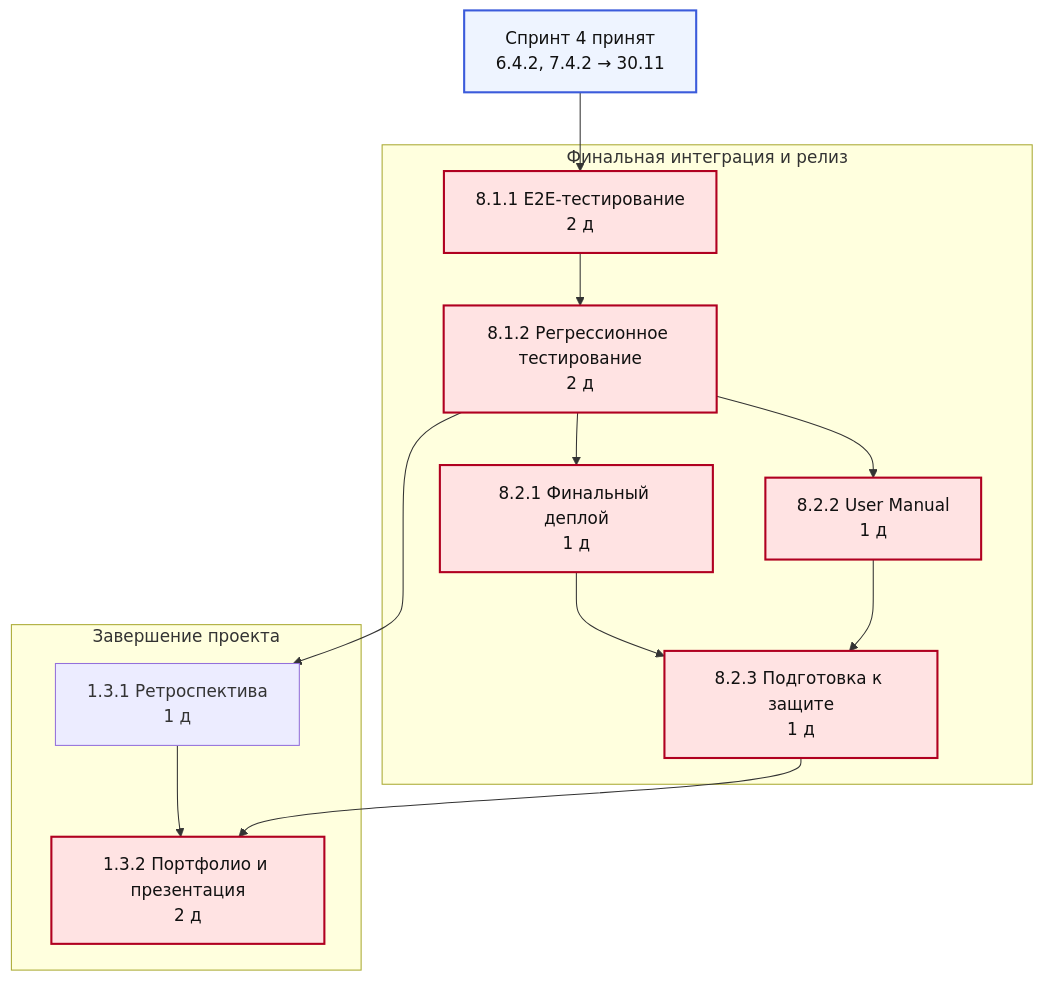
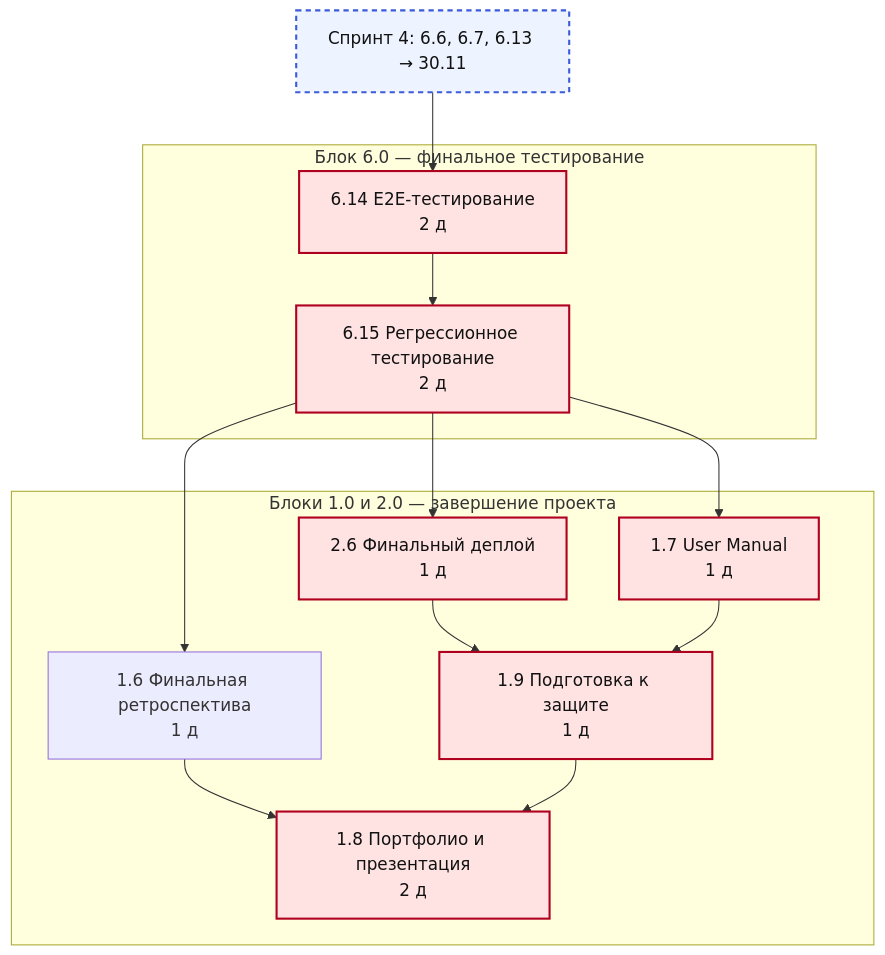
One commit to xlazyone/bileton changed the sixth of 6 diagrams in docs/labs/lab-06-schedule.md. Above: the diagram before and after it, drawn with Mermaid. The commit also changed other lines of this file and 2 other files, not shown here.

````diff
--- a/docs/labs/lab-06-schedule.md
+++ b/docs/labs/lab-06-schedule.md
@@ -267,27 +275,27 @@
 ```mermaid
 flowchart TB
     classDef crit fill:#ffe3e3,stroke:#b00020,stroke-width:2px,color:#111;
-    classDef gate fill:#eef4ff,stroke:#3b5bdb,stroke-width:2px,color:#111;
-    tstart["Спринт 4 принят<br/>6.4.2, 7.4.2 → 30.11"]:::gate
-    subgraph tg6["Финальная интеграция и релиз"]
-        t811["8.1.1 E2E-тестирование<br/>2 д"]
-        t812["8.1.2 Регрессионное тестирование<br/>2 д"]
-        t821["8.2.1 Финальный деплой<br/>1 д"]
-        t822["8.2.2 User Manual<br/>1 д"]
-        t823["8.2.3 Подготовка к защите<br/>1 д"]
+    classDef gate fill:#eef4ff,stroke:#3b5bdb,stroke-width:2px,stroke-dasharray: 5 4,color:#111;
+    tgstart["Спринт 4: 6.6, 6.7, 6.13 → 30.11"]:::gate
+    subgraph tg0["Блок 6.0 — финальное тестирование"]
+        t6_14["6.14 E2E-тестирование<br/>2 д"]
+        t6_15["6.15 Регрессионное тестирование<br/>2 д"]
     end
-    subgraph tg7["Завершение проекта"]
-        t131["1.3.1 Ретроспектива<br/>1 д"]
-        t132["1.3.2 Портфолио и презентация<br/>2 д"]
+    subgraph tg1["Блоки 1.0 и 2.0 — завершение проекта"]
+        t1_6["1.6 Финальная ретроспектива<br/>1 д"]
+        t1_7["1.7 User Manual<br/>1 д"]
+        t2_6["2.6 Финальный деплой<br/>1 д"]
+        t1_9["1.9 Подготовка к защите<br/>1 д"]
+        t1_8["1.8 Портфолио и презентация<br/>2 д"]
     end
-    t812 --> t131
-    t131 --> t132
-    t823 --> t132
-    tstart --> t811
-    t811 --> t812
-    t812 --> t821
-    t812 --> t822
-    t821 --> t823
-    t822 --> t823
-    class t132,t811,t812,t821,t822,t823 crit;
+    tgstart --> t6_14
+    t6_14 --> t6_15
+    t6_15 --> t1_6
+    t6_15 --> t1_7
+    t6_15 --> t2_6
+    t2_6 --> t1_9
+    t1_7 --> t1_9
+    t1_6 --> t1_8
+    t1_9 --> t1_8
+    class t6_14,t6_15,t1_7,t2_6,t1_9,t1_8 crit;
 ```
````
